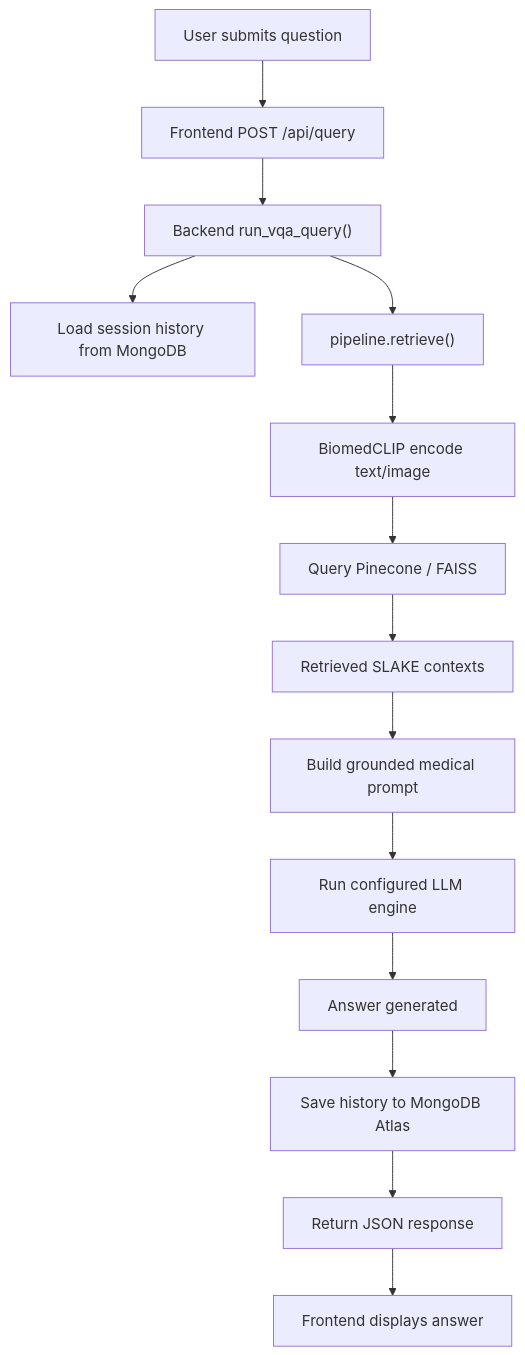
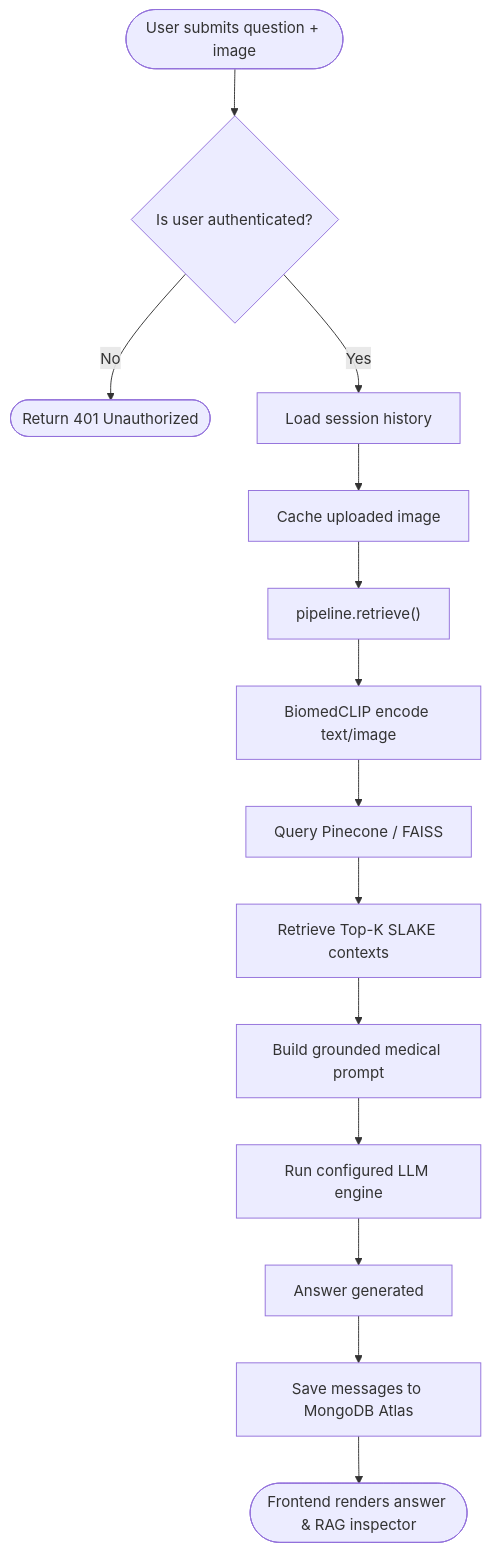
One commit to Syeed7682/Capstone-Project-C changed the sixth of 14 diagrams in diagram.md. Above: the diagram before and after it, drawn with Mermaid. The commit also changed other lines of this file, not shown here.

Commit message:
docs: add comprehensive 14-diagram architecture suite for MedRAG-AI report

````diff
--- a/diagram.md
+++ b/diagram.md
@@ -93,16 +161,19 @@
 ```mermaid
 flowchart TD
-  A[User submits question] --> B[Frontend POST /api/query]
-  B --> C["Backend run_vqa_query()"]
-  C --> D[Load session history from MongoDB]
-  C --> E["pipeline.retrieve()"] 
-  E --> F[BiomedCLIP encode text/image]
-  F --> G[Query Pinecone / FAISS]
-  G --> H[Retrieved SLAKE contexts]
-  H --> I[Build grounded medical prompt]
-  I --> J[Run configured LLM engine]
-  J --> K[Answer generated]
-  K --> L[Save history to MongoDB Atlas]
-  L --> M[Return JSON response]
-  M --> N[Frontend displays answer]
+    A([User submits question + image]) --> B{Is user authenticated?}
+    B -- No --> Reject([Return 401 Unauthorized])
+    B -- Yes --> C[Load session history]
+    C --> D[Cache uploaded image]
+    
+    D --> E["pipeline.retrieve()"] 
+    E --> F[BiomedCLIP encode text/image]
+    F --> G[Query Pinecone / FAISS]
+    G --> H[Retrieve Top-K SLAKE contexts]
+    
+    H --> I[Build grounded medical prompt]
+    I --> J[Run configured LLM engine]
+    J --> K[Answer generated]
+    
+    K --> L[Save messages to MongoDB Atlas]
+    L --> M([Frontend renders answer & RAG inspector])
 ```
````
